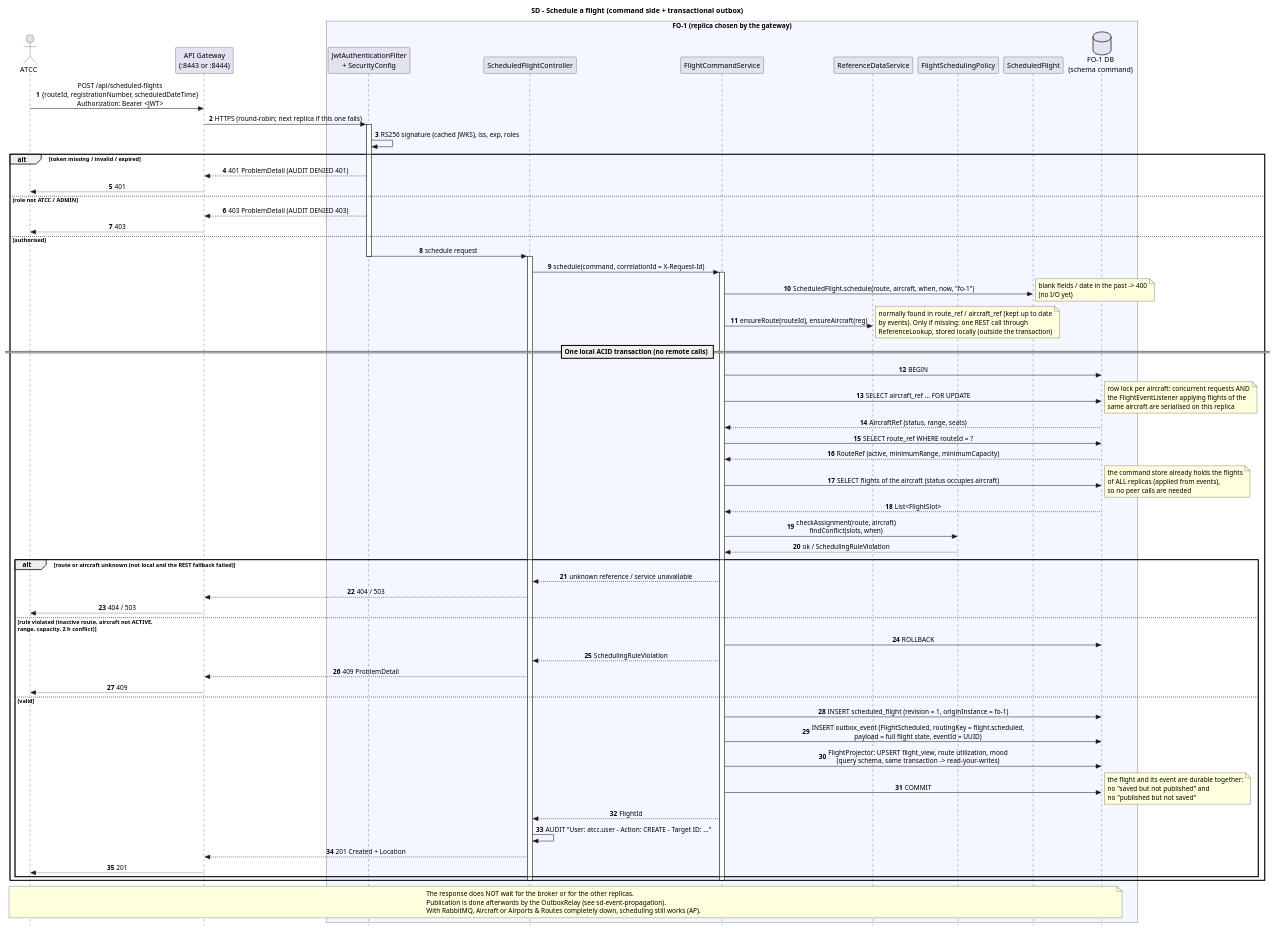
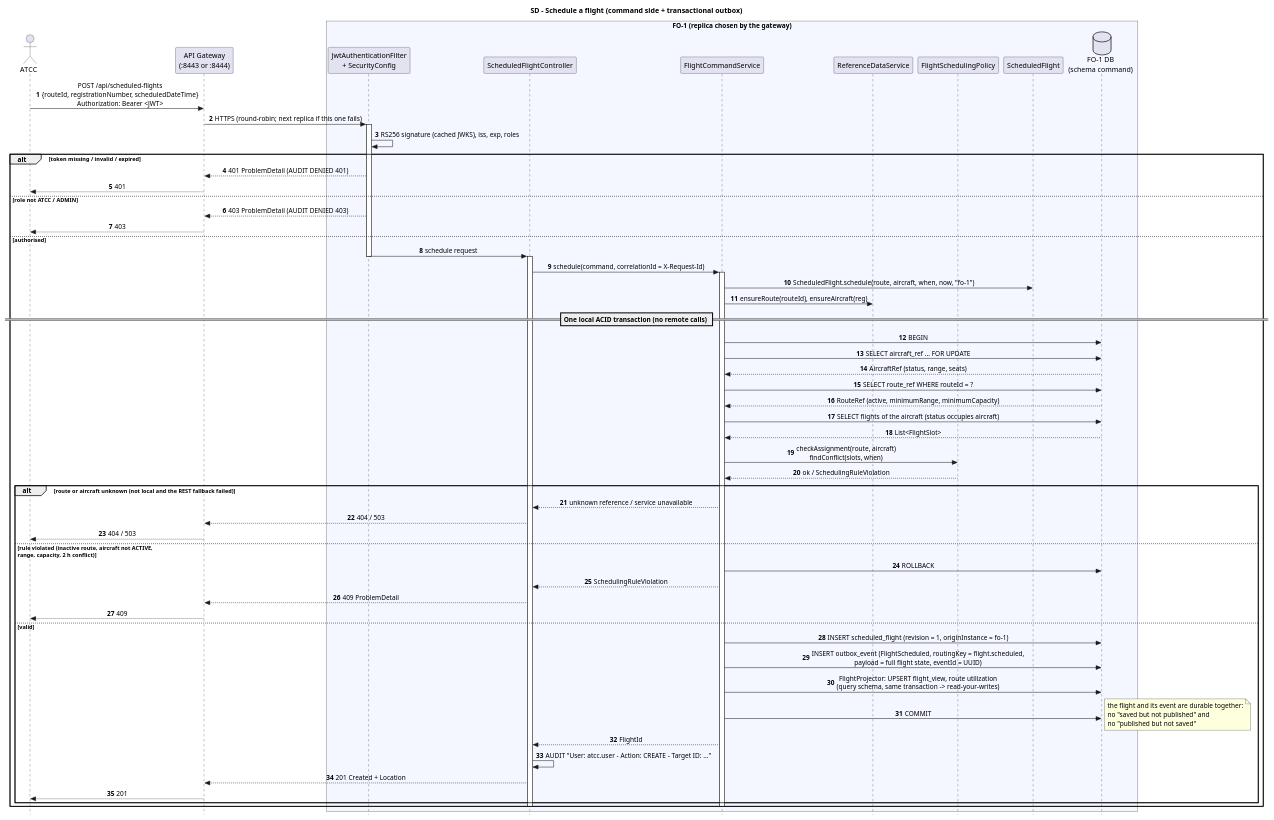
The diagram in Services/Flighting Operations/docs/sd-schedule-flight.puml (anamartasilvaa/SIDIG_AI_Safe), drawn with PlantUML before and after one commit. The commit also changed 27 other files, not shown here.

Commit message:
documentação e diagramas atualizados

```diff
--- a/Services/Flighting Operations/docs/sd-schedule-flight.puml
+++ b/Services/Flighting Operations/docs/sd-schedule-flight.puml
@@ -1,84 +1,75 @@
 @startuml sd-schedule-flight
 skinparam style strictuml
 skinparam sequenceMessageAlign center
 autonumber
 title SD - Schedule a flight (command side + transactional outbox)
 
 actor "ATCC" as User
 participant "API Gateway\n(:8443 or :8444)" as GW
 box "FO-1 (replica chosen by the gateway)" #F4F7FF
 participant "JwtAuthenticationFilter\n+ SecurityConfig" as Sec
 participant "ScheduledFlightController" as Ctrl
 participant "FlightCommandService" as Svc
 participant "ReferenceDataService" as Ref
 participant "FlightSchedulingPolicy" as Policy
 participant "ScheduledFlight" as Agg
 database "FO-1 DB\n(schema command)" as DB
 end box
 
 User -> GW : POST /api/scheduled-flights\n{routeId, registrationNumber, scheduledDateTime}\nAuthorization: Bearer <JWT>
 GW -> Sec : HTTPS (round-robin; next replica if this one fails)
 activate Sec
 Sec -> Sec : RS256 signature (cached JWKS), iss, exp, roles
 alt token missing / invalid / expired
   Sec --> GW : 401 ProblemDetail (AUDIT DENIED 401)
   GW --> User : 401
 else role not ATCC / ADMIN
   Sec --> GW : 403 ProblemDetail (AUDIT DENIED 403)
   GW --> User : 403
 else authorised
 Sec -> Ctrl : schedule request
 deactivate Sec
 activate Ctrl
 Ctrl -> Svc : schedule(command, correlationId = X-Request-Id)
 activate Svc
 
 Svc -> Agg : ScheduledFlight.schedule(route, aircraft, when, now, "fo-1")
-note right : blank fields / date in the past -> 400\n(no I/O yet)
 
 Svc -> Ref : ensureRoute(routeId), ensureAircraft(reg)
-note right : normally found in route_ref / aircraft_ref (kept up to date\nby events). Only if missing: one REST call through\nReferenceLookup, stored locally (outside the transaction)
 
 == One local ACID transaction (no remote calls) ==
 Svc -> DB : BEGIN
 Svc -> DB : SELECT aircraft_ref ... FOR UPDATE
-note right : row lock per aircraft: concurrent requests AND\nthe FlightEventListener applying flights of the\nsame aircraft are serialised on this replica
 DB --> Svc : AircraftRef (status, range, seats)
 Svc -> DB : SELECT route_ref WHERE routeId = ?
 DB --> Svc : RouteRef (active, minimumRange, minimumCapacity)
 Svc -> DB : SELECT flights of the aircraft (status occupies aircraft)
-note right : the command store already holds the flights\nof ALL replicas (applied from events),\nso no peer calls are needed
 DB --> Svc : List<FlightSlot>
 Svc -> Policy : checkAssignment(route, aircraft)\nfindConflict(slots, when)
 Policy --> Svc : ok / SchedulingRuleViolation
 
 alt route or aircraft unknown (not local and the REST fallback failed)
   Svc --> Ctrl : unknown reference / service unavailable
   Ctrl --> GW : 404 / 503
   GW --> User : 404 / 503
 else rule violated (inactive route, aircraft not ACTIVE,\nrange, capacity, 2 h conflict)
   Svc -> DB : ROLLBACK
   Svc --> Ctrl : SchedulingRuleViolation
   Ctrl --> GW : 409 ProblemDetail
   GW --> User : 409
 else valid
   Svc -> DB : INSERT scheduled_flight (revision = 1, originInstance = fo-1)
   Svc -> DB : INSERT outbox_event (FlightScheduled, routingKey = flight.scheduled,\npayload = full flight state, eventId = UUID)
-  Svc -> DB : FlightProjector: UPSERT flight_view, route utilization, mood\n(query schema, same transaction -> read-your-writes)
+  Svc -> DB : FlightProjector: UPSERT flight_view, route utilization\n(query schema, same transaction -> read-your-writes)
   Svc -> DB : COMMIT
   note right : the flight and its event are durable together:\nno "saved but not published" and\nno "published but not saved"
   Svc --> Ctrl : FlightId
   Ctrl -> Ctrl : AUDIT "User: atcc.user - Action: CREATE - Target ID: ..."
   Ctrl --> GW : 201 Created + Location
   GW --> User : 201
 end
 deactivate Svc
 deactivate Ctrl
 end
 
-note over User, DB
-  The response does NOT wait for the broker or for the other replicas.
-  Publication is done afterwards by the OutboxRelay (see sd-event-propagation).
-  With RabbitMQ, Aircraft or Airports & Routes completely down, scheduling still works (AP).
-end note
 @enduml
```
